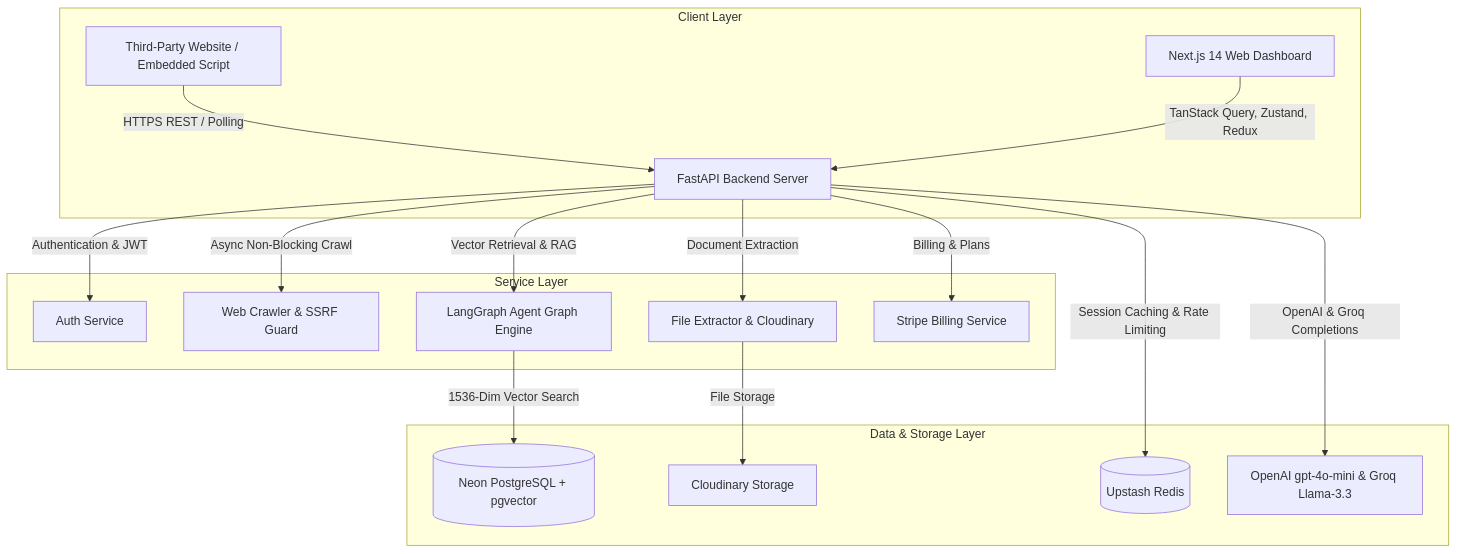
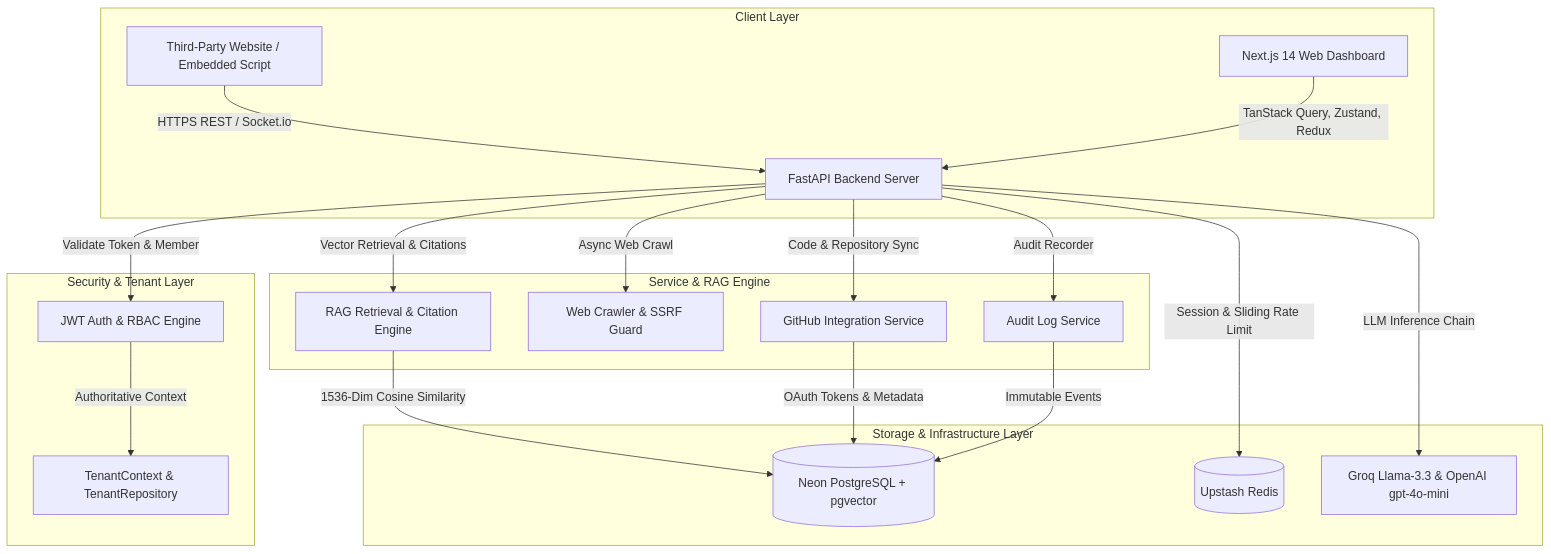
The first of 2 diagrams in PROJECT_STATUS.md (mohd-ashif/AI-Support-Platform), drawn with Mermaid before and after one commit. The commit also changed other lines of this file and 17 other files, not shown here.

````diff
--- a/PROJECT_STATUS.md
+++ b/PROJECT_STATUS.md
@@ -95,22 +109,27 @@
 ```mermaid
 graph TD
     subgraph Client Layer
-        W[Third-Party Website / Embedded Script] -->|HTTPS REST / Polling| API
+        W[Third-Party Website / Embedded Script] -->|HTTPS REST / Socket.io| API
         FE[Next.js 14 Web Dashboard] -->|TanStack Query, Zustand, Redux| API[FastAPI Backend Server]
     end
 
-    subgraph Service Layer
-        API -->|Authentication & JWT| AUTH[Auth Service]
-        API -->|Async Non-Blocking Crawl| CRAWL[Web Crawler & SSRF Guard]
-        API -->|Document Extraction| DOC[File Extractor & Cloudinary]
-        API -->|Vector Retrieval & RAG| RAG[LangGraph Agent Graph Engine]
-        API -->|Billing & Plans| STRIPE[Stripe Billing Service]
+    subgraph Security & Tenant Layer
+        API -->|Validate Token & Member| AUTH[JWT Auth & RBAC Engine]
+        AUTH -->|Authoritative Context| TENANT[TenantContext & TenantRepository]
     end
 
-    subgraph Data & Storage Layer
-        RAG -->|1536-Dim Vector Search| NEON[(Neon PostgreSQL + pgvector)]
-        DOC -->|File Storage| CLOUD[Cloudinary Storage]
-        API -->|Session Caching & Rate Limiting| UPSTASH[(Upstash Redis)]
-        API -->|OpenAI & Groq Completions| OA[OpenAI gpt-4o-mini & Groq Llama-3.3]
+    subgraph Service & RAG Engine
+        API -->|Code & Repository Sync| GH[GitHub Integration Service]
+        API -->|Async Web Crawl| CRAWL[Web Crawler & SSRF Guard]
+        API -->|Vector Retrieval & Citations| RAG[RAG Retrieval & Citation Engine]
+        API -->|Audit Recorder| AUDIT[Audit Log Service]
+    end
+
+    subgraph Storage & Infrastructure Layer
+        RAG -->|1536-Dim Cosine Similarity| NEON[(Neon PostgreSQL + pgvector)]
+        GH -->|OAuth Tokens & Metadata| NEON
+        AUDIT -->|Immutable Events| NEON
+        API -->|Session & Sliding Rate Limit| UPSTASH[(Upstash Redis)]
+        API -->|LLM Inference Chain| LLM[Groq Llama-3.3 & OpenAI gpt-4o-mini]
     end
 ```
````
